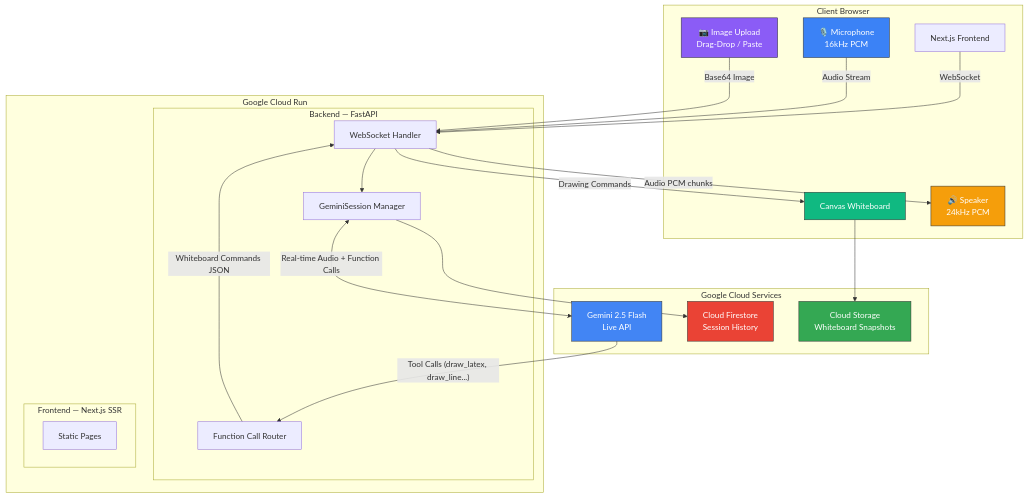
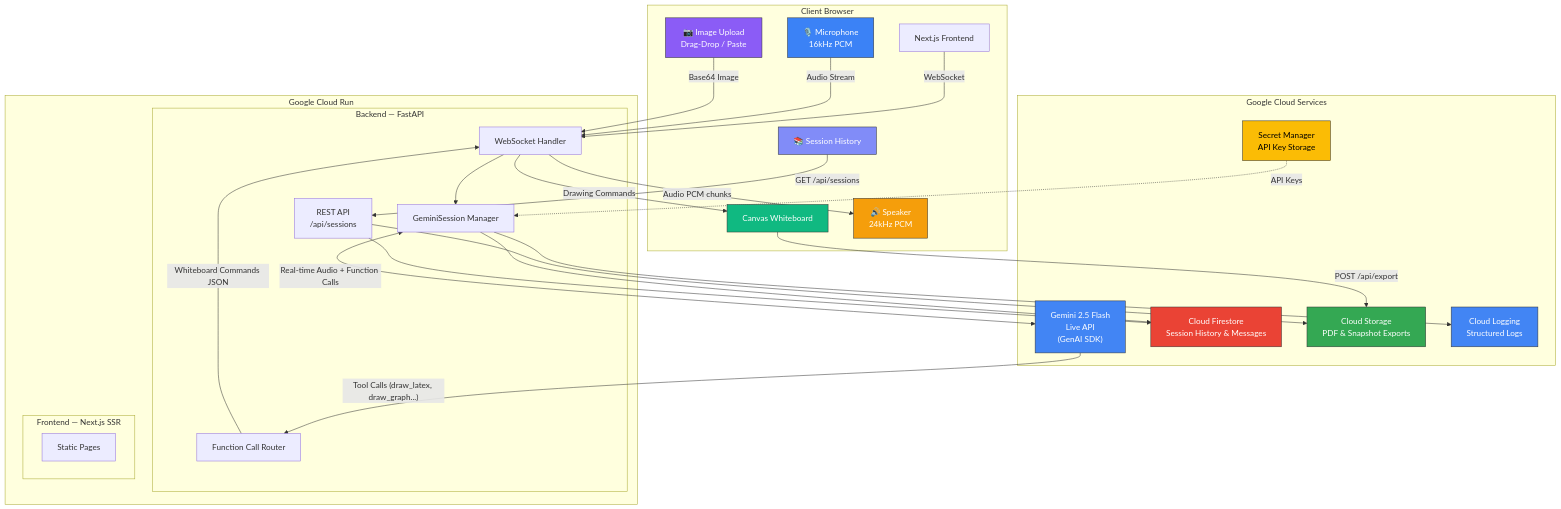
The diagram in docs/architecture.md (RajShah3006/Gemini_Live_Agent_Challenge), drawn with Mermaid before and after one commit. The commit also changed other lines of this file and 13 other files, not shown here.

First line of the commit message:
feat: integrate Google Cloud services for session management and logging

````diff
--- a/docs/architecture.md
+++ b/docs/architecture.md
@@ -5,47 +5,59 @@
 ```mermaid
 graph TB
     subgraph "Client Browser"
         UI[Next.js Frontend]
         WB[Canvas Whiteboard]
         MIC["🎙️ Microphone\n16kHz PCM"]
         SPK["🔊 Speaker\n24kHz PCM"]
         IMG["📷 Image Upload\nDrag-Drop / Paste"]
+        HIST["📚 Session History"]
     end
 
     subgraph "Google Cloud Run"
         subgraph "Backend — FastAPI"
             WS[WebSocket Handler]
             GS[GeminiSession Manager]
             FC[Function Call Router]
+            API["REST API\n/api/sessions"]
         end
         subgraph "Frontend — Next.js SSR"
             SSR[Static Pages]
         end
     end
 
     subgraph "Google Cloud Services"
-        GEMINI["Gemini 2.5 Flash\nLive API"]
-        FS["Cloud Firestore\nSession History"]
-        CS["Cloud Storage\nWhiteboard Snapshots"]
+        GEMINI["Gemini 2.5 Flash\nLive API\n(GenAI SDK)"]
+        FS["Cloud Firestore\nSession History & Messages"]
+        CS["Cloud Storage\nPDF & Snapshot Exports"]
+        SM["Secret Manager\nAPI Key Storage"]
+        CL["Cloud Logging\nStructured Logs"]
     end
 
     UI -->|WebSocket| WS
     MIC -->|Audio Stream| WS
     IMG -->|Base64 Image| WS
     WS --> GS
     GS <-->|"Real-time Audio + Function Calls"| GEMINI
-    GEMINI -->|"Tool Calls (draw_latex, draw_line...)"| FC
+    GEMINI -->|"Tool Calls (draw_latex, draw_graph...)"| FC
     FC -->|Whiteboard Commands JSON| WS
     WS -->|Audio PCM chunks| SPK
     WS -->|Drawing Commands| WB
     GS --> FS
-    WB --> CS
+    GS --> CL
+    API --> FS
+    API --> CS
+    SM -.->|API Keys| GS
+    HIST -->|"GET /api/sessions"| API
+    WB -->|"POST /api/export"| CS
 
     style GEMINI fill:#4285F4,stroke:#333,color:#fff
     style WB fill:#10b981,stroke:#333,color:#fff
     style MIC fill:#3b82f6,stroke:#333,color:#fff
     style SPK fill:#f59e0b,stroke:#333,color:#fff
     style IMG fill:#8b5cf6,stroke:#333,color:#fff
     style FS fill:#ea4335,stroke:#333,color:#fff
     style CS fill:#34a853,stroke:#333,color:#fff
+    style SM fill:#fbbc05,stroke:#333,color:#000
+    style CL fill:#4285F4,stroke:#333,color:#fff
+    style HIST fill:#818cf8,stroke:#333,color:#fff
 ```
````
